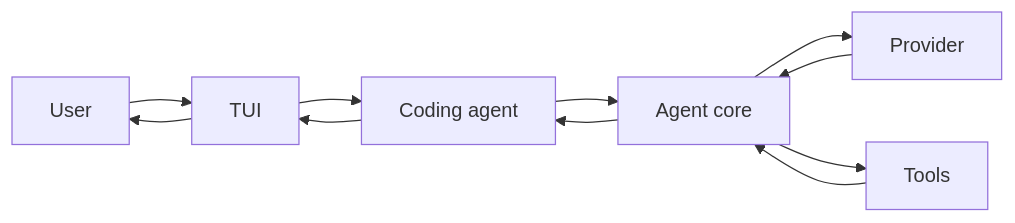
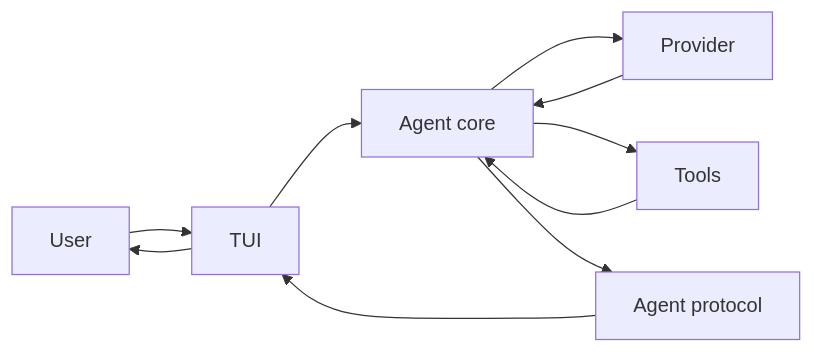
The second of 2 diagrams in docs/architecture/overview.md (lseman/logician), drawn with Mermaid before and after one commit. The commit also changed other lines of this file and 143 other files, not shown here.

First line of the commit message:
refactor: restructure agent-core architecture and update TUI, evals, docs

````diff
--- a/docs/architecture/overview.md
+++ b/docs/architecture/overview.md
@@ -100,8 +111,8 @@
 ```mermaid
 flowchart LR
-    User --> TUI --> Coding["Coding agent"] --> Core["Agent core"] --> Provider
+    User --> TUI --> Core["Agent core"] --> Provider
     Provider --> Core
     Core --> Tools
     Tools --> Core
-    Core --> Coding --> TUI --> User
+    Core --> Protocol["Agent protocol"] --> TUI --> User
 ```
````
